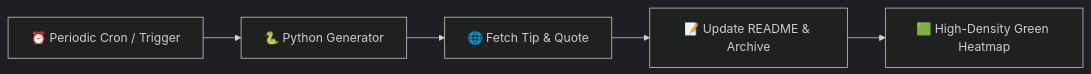
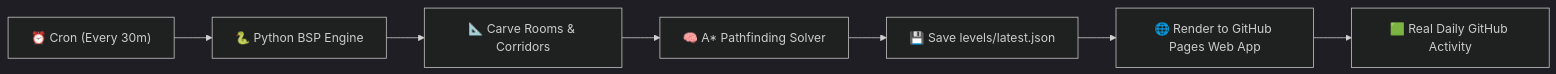
Before and after one commit to abushaidislam/daily-dev-journal: the diagram in README.md, drawn with Mermaid (dark theme). The commit also changed other lines of this file and 9 other files, not shown here.

Commit message:
feat: launch procedural dungeon crawler web edition and continuous generator

````diff
--- a/README.md
+++ b/README.md
@@ -17,7 +67,9 @@
 ```mermaid
 flowchart LR
-    A[⏰ Periodic Cron / Trigger] --> B[🐍 Python Generator]
-    B --> C[🌐 Fetch Tip & Quote]
-    C --> D[📝 Update README & Archive]
-    D --> E[🟩 High-Density Green Heatmap]
+    A["⏰ Cron (Every 30m)"] --> B["🐍 Python BSP Engine"]
+    B --> C["📐 Carve Rooms & Corridors"]
+    C --> D["🧠 A* Pathfinding Solver"]
+    D --> E["💾 Save levels/latest.json"]
+    E --> F["🌐 Render to GitHub Pages Web App"]
+    F --> G["🟩 Real Daily GitHub Activity"]
 ```
````
